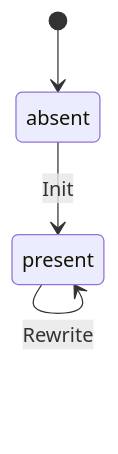
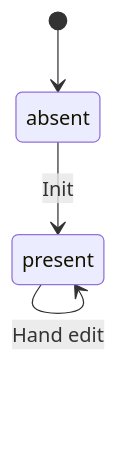
One commit to virajp/bootstrap changed the diagram in docs/blueprint/entities/setup-config/index.md. Above: the diagram before and after it, drawn with Mermaid. The commit also changed other lines of this file and 19 other files, not shown here.

````diff
--- a/docs/blueprint/entities/setup-config/index.md
+++ b/docs/blueprint/entities/setup-config/index.md
@@ -46,6 +44,7 @@
 ```mermaid
 stateDiagram-v2
     [*] --> absent
     absent --> present: Init
     present --> present: Rewrite
+    present --> present: Hand edit
 ```
````
